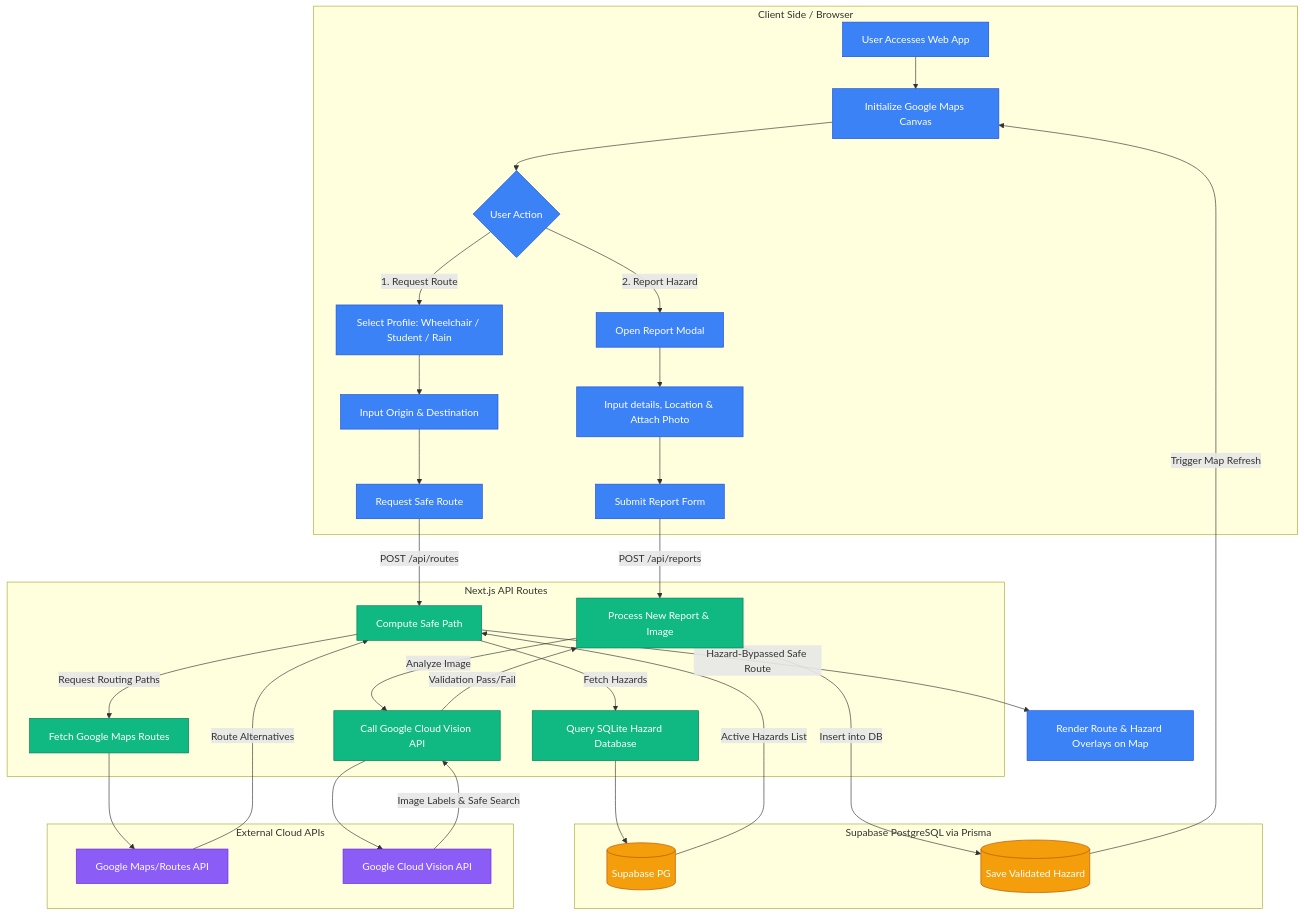
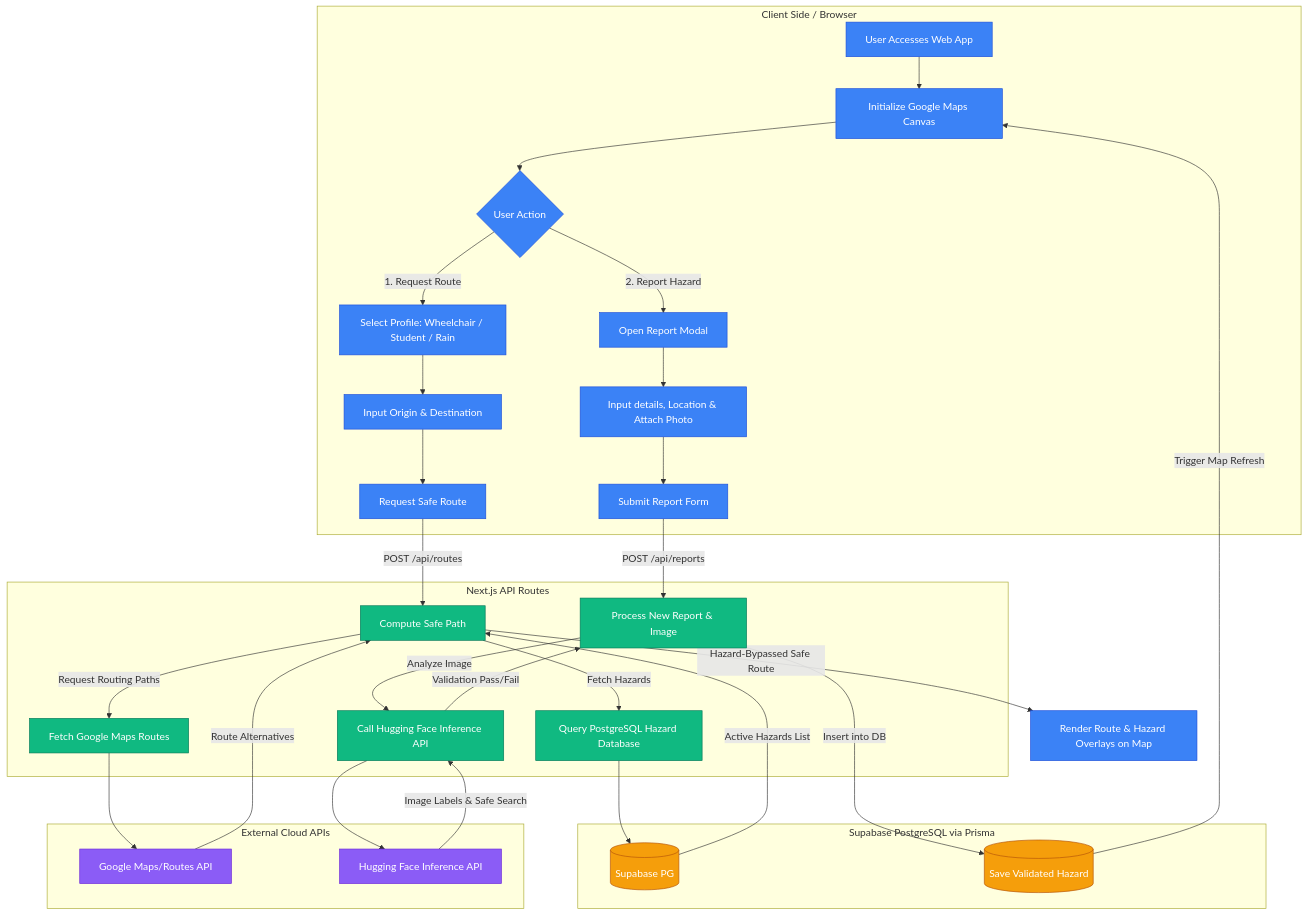
Before and after one commit to JJ-l4lbs/Ligtas-Larga: the second of 2 diagrams in Architecture.md, drawn with Mermaid. The commit also changed other lines of this file and 59 other files, not shown here.

````diff
--- a/Architecture.md
+++ b/Architecture.md
@@ -35,58 +35,58 @@
 ```mermaid
 graph TD
     classDef client fill:#3b82f6,stroke:#1d4ed8,color:#fff;
     classDef api fill:#10b981,stroke:#047857,color:#fff;
     classDef db fill:#f59e0b,stroke:#b45309,color:#fff;
     classDef external fill:#8b5cf6,stroke:#6d28d9,color:#fff;
 
     subgraph Client [Client Side / Browser]
         A[User Accesses Web App] --> B[Initialize Google Maps Canvas]
         B --> C{User Action}
         
         %% Routing Flow
         C -->|1. Request Route| D[Select Profile: Wheelchair / Student / Rain]
         D --> E[Input Origin & Destination]
         E --> F[Request Safe Route]
         
         %% Reporting Flow
         C -->|2. Report Hazard| G[Open Report Modal]
         G --> H[Input details, Location & Attach Photo]
         H --> I[Submit Report Form]
     end
 
     subgraph Next_Backend [Next.js API Routes]
         %% Route calculation api
         F -->|POST /api/routes| J[Compute Safe Path]
-        J -->|Fetch Hazards| K[Query SQLite Hazard Database]
+        J -->|Fetch Hazards| K[Query PostgreSQL Hazard Database]
         J -->|Request Routing Paths| L[Fetch Google Maps Routes]
         
         %% Hazard verification api
         I -->|POST /api/reports| M[Process New Report & Image]
-        M -->|Analyze Image| N[Call Google Cloud Vision API]
+        M -->|Analyze Image| N[Call Hugging Face Inference API]
     end
 
     subgraph Database [Supabase PostgreSQL via Prisma]
         K --> O[(Supabase PG)]
         P[(Save Validated Hazard)]
     end
 
     subgraph External_Services [External Cloud APIs]
         L --> Q[Google Maps/Routes API]
-        N --> R[Google Cloud Vision API]
+        N --> R[Hugging Face Inference API]
     end
 
     %% Flow returns
     Q -->|Route Alternatives| J
     O -->|Active Hazards List| J
     J -->|Hazard-Bypassed Safe Route| S[Render Route & Hazard Overlays on Map]
     
     R -->|Image Labels & Safe Search| N
     N -->|Validation Pass/Fail| M
     M -->|Insert into DB| P
     P -->|Trigger Map Refresh| B
     
     class A,B,C,D,E,F,G,H,I,S client;
     class J,K,L,M,N api;
     class O,P db;
     class Q,R external;
 ```
````
